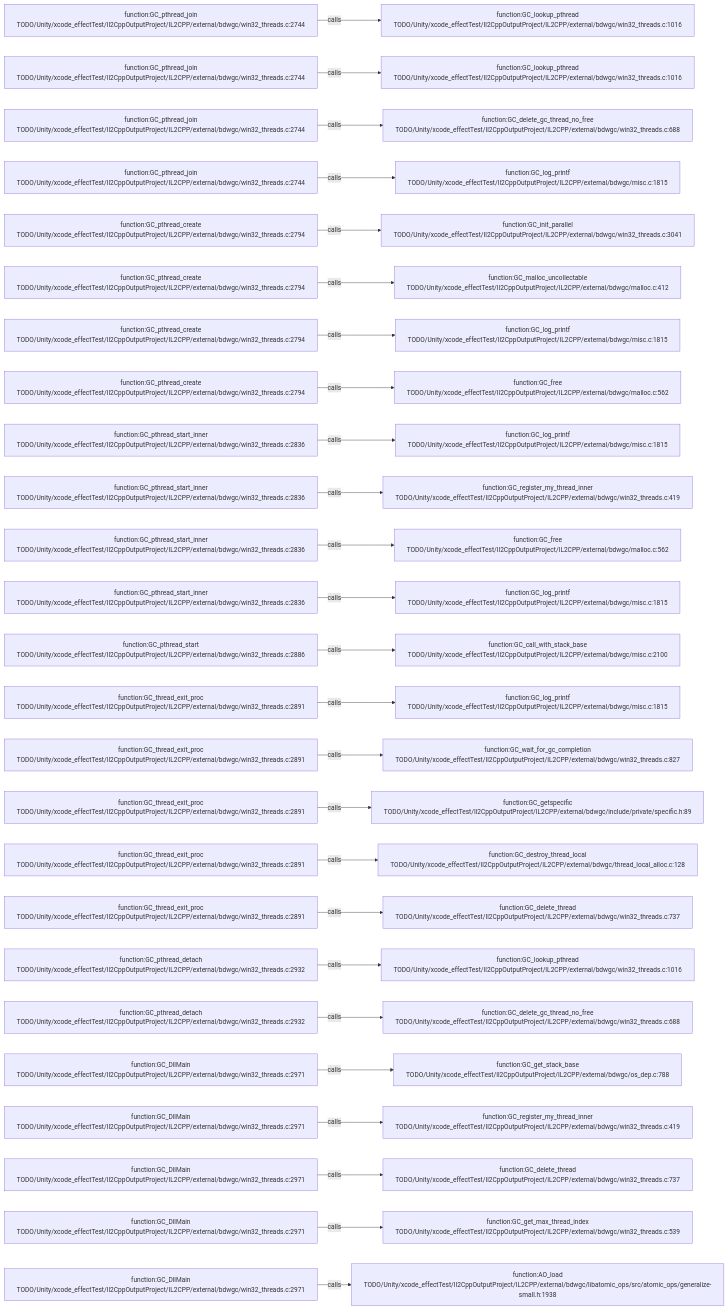
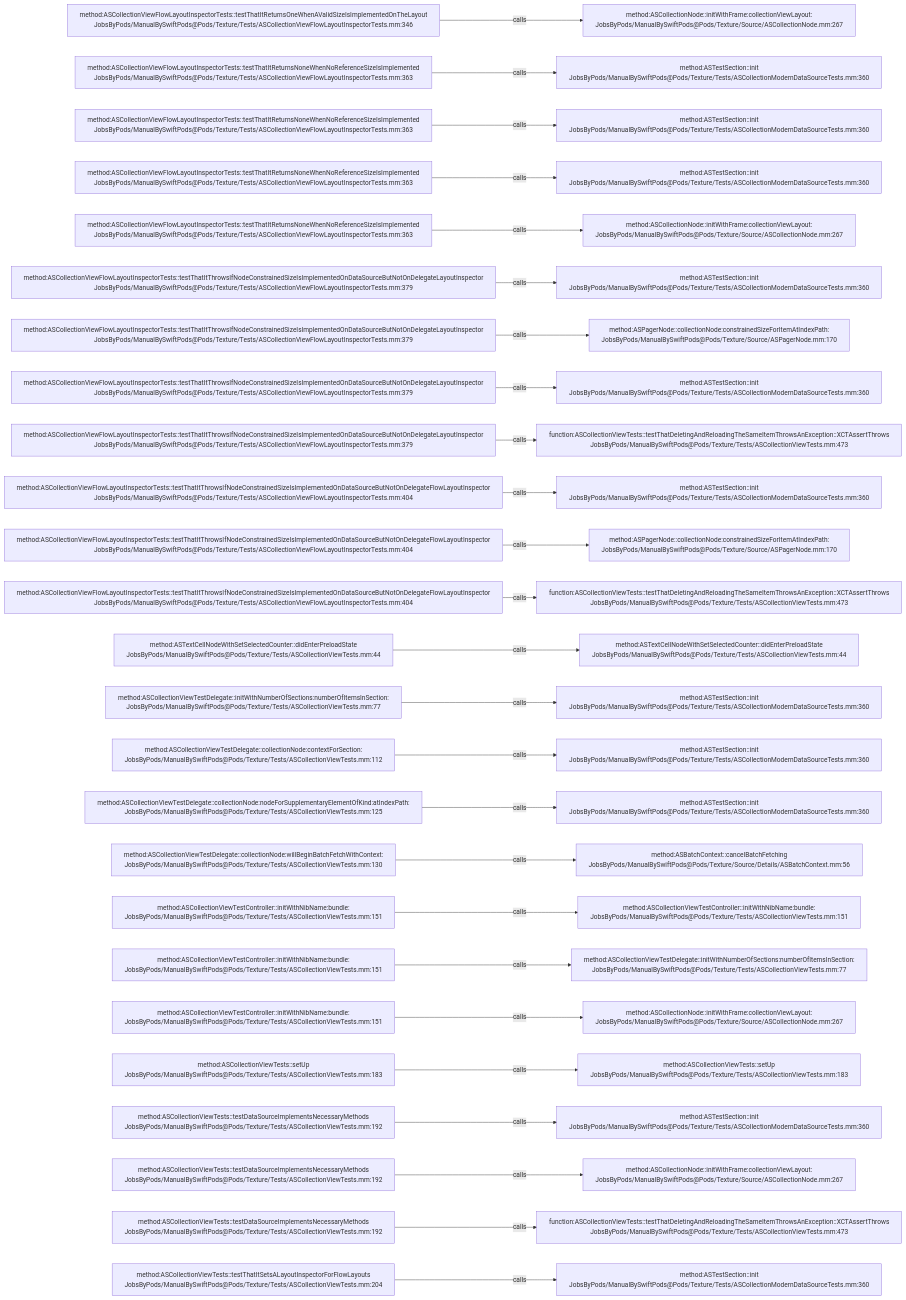
Before and after one commit to JobsKits/JobsSwiftBaseConfigDemo: the diagram in .codegraph/codegraph.md/graphs/calls-189.md, drawn with Mermaid. The commit also changed 2959 other files, not shown here.

````diff
--- a/.codegraph/codegraph.md/graphs/calls-189.md
+++ b/.codegraph/codegraph.md/graphs/calls-189.md
@@ -13,78 +13,78 @@
 ```mermaid
 flowchart LR
-  S1["function:GC_pthread_join<br/>TODO/Unity/xcode_effectTest/Il2CppOutputProject/IL2CPP/external/bdwgc/win32_threads.c:2744"]
-  T1["function:GC_lookup_pthread<br/>TODO/Unity/xcode_effectTest/Il2CppOutputProject/IL2CPP/external/bdwgc/win32_threads.c:1016"]
+  S1["method:ASCollectionViewFlowLayoutInspectorTests::testThatItReturnsOneWhenAValidSizeIsImplementedOnTheLayout<br/>JobsByPods/ManualBySwiftPods@Pods/Texture/Tests/ASCollectionViewFlowLayoutInspectorTests.mm:346"]
+  T1["method:ASCollectionNode::initWithFrame:collectionViewLayout:<br/>JobsByPods/ManualBySwiftPods@Pods/Texture/Source/ASCollectionNode.mm:267"]
   S1 -->|calls| T1
-  S2["function:GC_pthread_join<br/>TODO/Unity/xcode_effectTest/Il2CppOutputProject/IL2CPP/external/bdwgc/win32_threads.c:2744"]
-  T2["function:GC_lookup_pthread<br/>TODO/Unity/xcode_effectTest/Il2CppOutputProject/IL2CPP/external/bdwgc/win32_threads.c:1016"]
+  S2["method:ASCollectionViewFlowLayoutInspectorTests::testThatItReturnsNoneWhenNoReferenceSizeIsImplemented<br/>JobsByPods/ManualBySwiftPods@Pods/Texture/Tests/ASCollectionViewFlowLayoutInspectorTests.mm:363"]
+  T2["method:ASTestSection::init<br/>JobsByPods/ManualBySwiftPods@Pods/Texture/Tests/ASCollectionModernDataSourceTests.mm:360"]
   S2 -->|calls| T2
-  S3["function:GC_pthread_join<br/>TODO/Unity/xcode_effectTest/Il2CppOutputProject/IL2CPP/external/bdwgc/win32_threads.c:2744"]
-  T3["function:GC_delete_gc_thread_no_free<br/>TODO/Unity/xcode_effectTest/Il2CppOutputProject/IL2CPP/external/bdwgc/win32_threads.c:688"]
+  S3["method:ASCollectionViewFlowLayoutInspectorTests::testThatItReturnsNoneWhenNoReferenceSizeIsImplemented<br/>JobsByPods/ManualBySwiftPods@Pods/Texture/Tests/ASCollectionViewFlowLayoutInspectorTests.mm:363"]
+  T3["method:ASTestSection::init<br/>JobsByPods/ManualBySwiftPods@Pods/Texture/Tests/ASCollectionModernDataSourceTests.mm:360"]
   S3 -->|calls| T3
-  S4["function:GC_pthread_join<br/>TODO/Unity/xcode_effectTest/Il2CppOutputProject/IL2CPP/external/bdwgc/win32_threads.c:2744"]
-  T4["function:GC_log_printf<br/>TODO/Unity/xcode_effectTest/Il2CppOutputProject/IL2CPP/external/bdwgc/misc.c:1815"]
+  S4["method:ASCollectionViewFlowLayoutInspectorTests::testThatItReturnsNoneWhenNoReferenceSizeIsImplemented<br/>JobsByPods/ManualBySwiftPods@Pods/Texture/Tests/ASCollectionViewFlowLayoutInspectorTests.mm:363"]
+  T4["method:ASTestSection::init<br/>JobsByPods/ManualBySwiftPods@Pods/Texture/Tests/ASCollectionModernDataSourceTests.mm:360"]
   S4 -->|calls| T4
-  S5["function:GC_pthread_create<br/>TODO/Unity/xcode_effectTest/Il2CppOutputProject/IL2CPP/external/bdwgc/win32_threads.c:2794"]
-  T5["function:GC_init_parallel<br/>TODO/Unity/xcode_effectTest/Il2CppOutputProject/IL2CPP/external/bdwgc/win32_threads.c:3041"]
+  S5["method:ASCollectionViewFlowLayoutInspectorTests::testThatItReturnsNoneWhenNoReferenceSizeIsImplemented<br/>JobsByPods/ManualBySwiftPods@Pods/Texture/Tests/ASCollectionViewFlowLayoutInspectorTests.mm:363"]
+  T5["method:ASCollectionNode::initWithFrame:collectionViewLayout:<br/>JobsByPods/ManualBySwiftPods@Pods/Texture/Source/ASCollectionNode.mm:267"]
   S5 -->|calls| T5
-  S6["function:GC_pthread_create<br/>TODO/Unity/xcode_effectTest/Il2CppOutputProject/IL2CPP/external/bdwgc/win32_threads.c:2794"]
-  T6["function:GC_malloc_uncollectable<br/>TODO/Unity/xcode_effectTest/Il2CppOutputProject/IL2CPP/external/bdwgc/malloc.c:412"]
+  S6["method:ASCollectionViewFlowLayoutInspectorTests::testThatItThrowsIfNodeConstrainedSizeIsImplementedOnDataSourceButNotOnDelegateLayoutInspector<br/>JobsByPods/ManualBySwiftPods@Pods/Texture/Tests/ASCollectionViewFlowLayoutInspectorTests.mm:379"]
+  T6["method:ASTestSection::init<br/>JobsByPods/ManualBySwiftPods@Pods/Texture/Tests/ASCollectionModernDataSourceTests.mm:360"]
   S6 -->|calls| T6
-  S7["function:GC_pthread_create<br/>TODO/Unity/xcode_effectTest/Il2CppOutputProject/IL2CPP/external/bdwgc/win32_threads.c:2794"]
-  T7["function:GC_log_printf<br/>TODO/Unity/xcode_effectTest/Il2CppOutputProject/IL2CPP/external/bdwgc/misc.c:1815"]
+  S7["method:ASCollectionViewFlowLayoutInspectorTests::testThatItThrowsIfNodeConstrainedSizeIsImplementedOnDataSourceButNotOnDelegateLayoutInspector<br/>JobsByPods/ManualBySwiftPods@Pods/Texture/Tests/ASCollectionViewFlowLayoutInspectorTests.mm:379"]
+  T7["method:ASPagerNode::collectionNode:constrainedSizeForItemAtIndexPath:<br/>JobsByPods/ManualBySwiftPods@Pods/Texture/Source/ASPagerNode.mm:170"]
   S7 -->|calls| T7
-  S8["function:GC_pthread_create<br/>TODO/Unity/xcode_effectTest/Il2CppOutputProject/IL2CPP/external/bdwgc/win32_threads.c:2794"]
-  T8["function:GC_free<br/>TODO/Unity/xcode_effectTest/Il2CppOutputProject/IL2CPP/external/bdwgc/malloc.c:562"]
+  S8["method:ASCollectionViewFlowLayoutInspectorTests::testThatItThrowsIfNodeConstrainedSizeIsImplementedOnDataSourceButNotOnDelegateLayoutInspector<br/>JobsByPods/ManualBySwiftPods@Pods/Texture/Tests/ASCollectionViewFlowLayoutInspectorTests.mm:379"]
+  T8["method:ASTestSection::init<br/>JobsByPods/ManualBySwiftPods@Pods/Texture/Tests/ASCollectionModernDataSourceTests.mm:360"]
   S8 -->|calls| T8
-  S9["function:GC_pthread_start_inner<br/>TODO/Unity/xcode_effectTest/Il2CppOutputProject/IL2CPP/external/bdwgc/win32_threads.c:2836"]
-  T9["function:GC_log_printf<br/>TODO/Unity/xcode_effectTest/Il2CppOutputProject/IL2CPP/external/bdwgc/misc.c:1815"]
+  S9["method:ASCollectionViewFlowLayoutInspectorTests::testThatItThrowsIfNodeConstrainedSizeIsImplementedOnDataSourceButNotOnDelegateLayoutInspector<br/>JobsByPods/ManualBySwiftPods@Pods/Texture/Tests/ASCollectionViewFlowLayoutInspectorTests.mm:379"]
+  T9["function:ASCollectionViewTests::testThatDeletingAndReloadingTheSameItemThrowsAnException::XCTAssertThrows<br/>JobsByPods/ManualBySwiftPods@Pods/Texture/Tests/ASCollectionViewTests.mm:473"]
   S9 -->|calls| T9
-  S10["function:GC_pthread_start_inner<br/>TODO/Unity/xcode_effectTest/Il2CppOutputProject/IL2CPP/external/bdwgc/win32_threads.c:2836"]
-  T10["function:GC_register_my_thread_inner<br/>TODO/Unity/xcode_effectTest/Il2CppOutputProject/IL2CPP/external/bdwgc/win32_threads.c:419"]
+  S10["method:ASCollectionViewFlowLayoutInspectorTests::testThatItThrowsIfNodeConstrainedSizeIsImplementedOnDataSourceButNotOnDelegateFlowLayoutInspector<br/>JobsByPods/ManualBySwiftPods@Pods/Texture/Tests/ASCollectionViewFlowLayoutInspectorTests.mm:404"]
+  T10["method:ASTestSection::init<br/>JobsByPods/ManualBySwiftPods@Pods/Texture/Tests/ASCollectionModernDataSourceTests.mm:360"]
   S10 -->|calls| T10
-  S11["function:GC_pthread_start_inner<br/>TODO/Unity/xcode_effectTest/Il2CppOutputProject/IL2CPP/external/bdwgc/win32_threads.c:2836"]
-  T11["function:GC_free<br/>TODO/Unity/xcode_effectTest/Il2CppOutputProject/IL2CPP/external/bdwgc/malloc.c:562"]
+  S11["method:ASCollectionViewFlowLayoutInspectorTests::testThatItThrowsIfNodeConstrainedSizeIsImplementedOnDataSourceButNotOnDelegateFlowLayoutInspector<br/>JobsByPods/ManualBySwiftPods@Pods/Texture/Tests/ASCollectionViewFlowLayoutInspectorTests.mm:404"]
+  T11["method:ASPagerNode::collectionNode:constrainedSizeForItemAtIndexPath:<br/>JobsByPods/ManualBySwiftPods@Pods/Texture/Source/ASPagerNode.mm:170"]
   S11 -->|calls| T11
-  S12["function:GC_pthread_start_inner<br/>TODO/Unity/xcode_effectTest/Il2CppOutputProject/IL2CPP/external/bdwgc/win32_threads.c:2836"]
-  T12["function:GC_log_printf<br/>TODO/Unity/xcode_effectTest/Il2CppOutputProject/IL2CPP/external/bdwgc/misc.c:1815"]
+  S12["method:ASCollectionViewFlowLayoutInspectorTests::testThatItThrowsIfNodeConstrainedSizeIsImplementedOnDataSourceButNotOnDelegateFlowLayoutInspector<br/>JobsByPods/ManualBySwiftPods@Pods/Texture/Tests/ASCollectionViewFlowLayoutInspectorTests.mm:404"]
+  T12["function:ASCollectionViewTests::testThatDeletingAndReloadingTheSameItemThrowsAnException::XCTAssertThrows<br/>JobsByPods/ManualBySwiftPods@Pods/Texture/Tests/ASCollectionViewTests.mm:473"]
   S12 -->|calls| T12
-  S13["function:GC_pthread_start<br/>TODO/Unity/xcode_effectTest/Il2CppOutputProject/IL2CPP/external/bdwgc/win32_threads.c:2886"]
-  T13["function:GC_call_with_stack_base<br/>TODO/Unity/xcode_effectTest/Il2CppOutputProject/IL2CPP/external/bdwgc/misc.c:2100"]
+  S13["method:ASTextCellNodeWithSetSelectedCounter::didEnterPreloadState<br/>JobsByPods/ManualBySwiftPods@Pods/Texture/Tests/ASCollectionViewTests.mm:44"]
+  T13["method:ASTextCellNodeWithSetSelectedCounter::didEnterPreloadState<br/>JobsByPods/ManualBySwiftPods@Pods/Texture/Tests/ASCollectionViewTests.mm:44"]
   S13 -->|calls| T13
-  S14["function:GC_thread_exit_proc<br/>TODO/Unity/xcode_effectTest/Il2CppOutputProject/IL2CPP/external/bdwgc/win32_threads.c:2891"]
-  T14["function:GC_log_printf<br/>TODO/Unity/xcode_effectTest/Il2CppOutputProject/IL2CPP/external/bdwgc/misc.c:1815"]
+  S14["method:ASCollectionViewTestDelegate::initWithNumberOfSections:numberOfItemsInSection:<br/>JobsByPods/ManualBySwiftPods@Pods/Texture/Tests/ASCollectionViewTests.mm:77"]
+  T14["method:ASTestSection::init<br/>JobsByPods/ManualBySwiftPods@Pods/Texture/Tests/ASCollectionModernDataSourceTests.mm:360"]
   S14 -->|calls| T14
-  S15["function:GC_thread_exit_proc<br/>TODO/Unity/xcode_effectTest/Il2CppOutputProject/IL2CPP/external/bdwgc/win32_threads.c:2891"]
-  T15["function:GC_wait_for_gc_completion<br/>TODO/Unity/xcode_effectTest/Il2CppOutputProject/IL2CPP/external/bdwgc/win32_threads.c:827"]
+  S15["method:ASCollectionViewTestDelegate::collectionNode:contextForSection:<br/>JobsByPods/ManualBySwiftPods@Pods/Texture/Tests/ASCollectionViewTests.mm:112"]
+  T15["method:ASTestSection::init<br/>JobsByPods/ManualBySwiftPods@Pods/Texture/Tests/ASCollectionModernDataSourceTests.mm:360"]
   S15 -->|calls| T15
-  S16["function:GC_thread_exit_proc<br/>TODO/Unity/xcode_effectTest/Il2CppOutputProject/IL2CPP/external/bdwgc/win32_threads.c:2891"]
-  T16["function:GC_getspecific<br/>TODO/Unity/xcode_effectTest/Il2CppOutputProject/IL2CPP/external/bdwgc/include/private/specific.h:89"]
+  S16["method:ASCollectionViewTestDelegate::collectionNode:nodeForSupplementaryElementOfKind:atIndexPath:<br/>JobsByPods/ManualBySwiftPods@Pods/Texture/Tests/ASCollectionViewTests.mm:125"]
+  T16["method:ASTestSection::init<br/>JobsByPods/ManualBySwiftPods@Pods/Texture/Tests/ASCollectionModernDataSourceTests.mm:360"]
   S16 -->|calls| T16
-  S17["function:GC_thread_exit_proc<br/>TODO/Unity/xcode_effectTest/Il2CppOutputProject/IL2CPP/external/bdwgc/win32_threads.c:2891"]
-  T17["function:GC_destroy_thread_local<br/>TODO/Unity/xcode_effectTest/Il2CppOutputProject/IL2CPP/external/bdwgc/thread_local_alloc.c:128"]
+  S17["method:ASCollectionViewTestDelegate::collectionNode:willBeginBatchFetchWithContext:<br/>JobsByPods/ManualBySwiftPods@Pods/Texture/Tests/ASCollectionViewTests.mm:130"]
+  T17["method:ASBatchContext::cancelBatchFetching<br/>JobsByPods/ManualBySwiftPods@Pods/Texture/Source/Details/ASBatchContext.mm:56"]
   S17 -->|calls| T17
-  S18["function:GC_thread_exit_proc<br/>TODO/Unity/xcode_effectTest/Il2CppOutputProject/IL2CPP/external/bdwgc/win32_threads.c:2891"]
-  T18["function:GC_delete_thread<br/>TODO/Unity/xcode_effectTest/Il2CppOutputProject/IL2CPP/external/bdwgc/win32_threads.c:737"]
+  S18["method:ASCollectionViewTestController::initWithNibName:bundle:<br/>JobsByPods/ManualBySwiftPods@Pods/Texture/Tests/ASCollectionViewTests.mm:151"]
+  T18["method:ASCollectionViewTestController::initWithNibName:bundle:<br/>JobsByPods/ManualBySwiftPods@Pods/Texture/Tests/ASCollectionViewTests.mm:151"]
   S18 -->|calls| T18
-  S19["function:GC_pthread_detach<br/>TODO/Unity/xcode_effectTest/Il2CppOutputProject/IL2CPP/external/bdwgc/win32_threads.c:2932"]
-  T19["function:GC_lookup_pthread<br/>TODO/Unity/xcode_effectTest/Il2CppOutputProject/IL2CPP/external/bdwgc/win32_threads.c:1016"]
+  S19["method:ASCollectionViewTestController::initWithNibName:bundle:<br/>JobsByPods/ManualBySwiftPods@Pods/Texture/Tests/ASCollectionViewTests.mm:151"]
+  T19["method:ASCollectionViewTestDelegate::initWithNumberOfSections:numberOfItemsInSection:<br/>JobsByPods/ManualBySwiftPods@Pods/Texture/Tests/ASCollectionViewTests.mm:77"]
   S19 -->|calls| T19
-  S20["function:GC_pthread_detach<br/>TODO/Unity/xcode_effectTest/Il2CppOutputProject/IL2CPP/external/bdwgc/win32_threads.c:2932"]
-  T20["function:GC_delete_gc_thread_no_free<br/>TODO/Unity/xcode_effectTest/Il2CppOutputProject/IL2CPP/external/bdwgc/win32_threads.c:688"]
+  S20["method:ASCollectionViewTestController::initWithNibName:bundle:<br/>JobsByPods/ManualBySwiftPods@Pods/Texture/Tests/ASCollectionViewTests.mm:151"]
+  T20["method:ASCollectionNode::initWithFrame:collectionViewLayout:<br/>JobsByPods/ManualBySwiftPods@Pods/Texture/Source/ASCollectionNode.mm:267"]
   S20 -->|calls| T20
-  S21["function:GC_DllMain<br/>TODO/Unity/xcode_effectTest/Il2CppOutputProject/IL2CPP/external/bdwgc/win32_threads.c:2971"]
-  T21["function:GC_get_stack_base<br/>TODO/Unity/xcode_effectTest/Il2CppOutputProject/IL2CPP/external/bdwgc/os_dep.c:788"]
+  S21["method:ASCollectionViewTests::setUp<br/>JobsByPods/ManualBySwiftPods@Pods/Texture/Tests/ASCollectionViewTests.mm:183"]
+  T21["method:ASCollectionViewTests::setUp<br/>JobsByPods/ManualBySwiftPods@Pods/Texture/Tests/ASCollectionViewTests.mm:183"]
   S21 -->|calls| T21
-  S22["function:GC_DllMain<br/>TODO/Unity/xcode_effectTest/Il2CppOutputProject/IL2CPP/external/bdwgc/win32_threads.c:2971"]
-  T22["function:GC_register_my_thread_inner<br/>TODO/Unity/xcode_effectTest/Il2CppOutputProject/IL2CPP/external/bdwgc/win32_threads.c:419"]
+  S22["method:ASCollectionViewTests::testDataSourceImplementsNecessaryMethods<br/>JobsByPods/ManualBySwiftPods@Pods/Texture/Tests/ASCollectionViewTests.mm:192"]
+  T22["method:ASTestSection::init<br/>JobsByPods/ManualBySwiftPods@Pods/Texture/Tests/ASCollectionModernDataSourceTests.mm:360"]
   S22 -->|calls| T22
-  S23["function:GC_DllMain<br/>TODO/Unity/xcode_effectTest/Il2CppOutputProject/IL2CPP/external/bdwgc/win32_threads.c:2971"]
-  T23["function:GC_delete_thread<br/>TODO/Unity/xcode_effectTest/Il2CppOutputProject/IL2CPP/external/bdwgc/win32_threads.c:737"]
+  S23["method:ASCollectionViewTests::testDataSourceImplementsNecessaryMethods<br/>JobsByPods/ManualBySwiftPods@Pods/Texture/Tests/ASCollectionViewTests.mm:192"]
+  T23["method:ASCollectionNode::initWithFrame:collectionViewLayout:<br/>JobsByPods/ManualBySwiftPods@Pods/Texture/Source/ASCollectionNode.mm:267"]
   S23 -->|calls| T23
-  S24["function:GC_DllMain<br/>TODO/Unity/xcode_effectTest/Il2CppOutputProject/IL2CPP/external/bdwgc/win32_threads.c:2971"]
-  T24["function:GC_get_max_thread_index<br/>TODO/Unity/xcode_effectTest/Il2CppOutputProject/IL2CPP/external/bdwgc/win32_threads.c:539"]
+  S24["method:ASCollectionViewTests::testDataSourceImplementsNecessaryMethods<br/>JobsByPods/ManualBySwiftPods@Pods/Texture/Tests/ASCollectionViewTests.mm:192"]
+  T24["function:ASCollectionViewTests::testThatDeletingAndReloadingTheSameItemThrowsAnException::XCTAssertThrows<br/>JobsByPods/ManualBySwiftPods@Pods/Texture/Tests/ASCollectionViewTests.mm:473"]
   S24 -->|calls| T24
-  S25["function:GC_DllMain<br/>TODO/Unity/xcode_effectTest/Il2CppOutputProject/IL2CPP/external/bdwgc/win32_threads.c:2971"]
-  T25["function:AO_load<br/>TODO/Unity/xcode_effectTest/Il2CppOutputProject/IL2CPP/external/bdwgc/libatomic_ops/src/atomic_ops/generalize-small.h:1938"]
+  S25["method:ASCollectionViewTests::testThatItSetsALayoutInspectorForFlowLayouts<br/>JobsByPods/ManualBySwiftPods@Pods/Texture/Tests/ASCollectionViewTests.mm:204"]
+  T25["method:ASTestSection::init<br/>JobsByPods/ManualBySwiftPods@Pods/Texture/Tests/ASCollectionModernDataSourceTests.mm:360"]
   S25 -->|calls| T25
 ```
````
